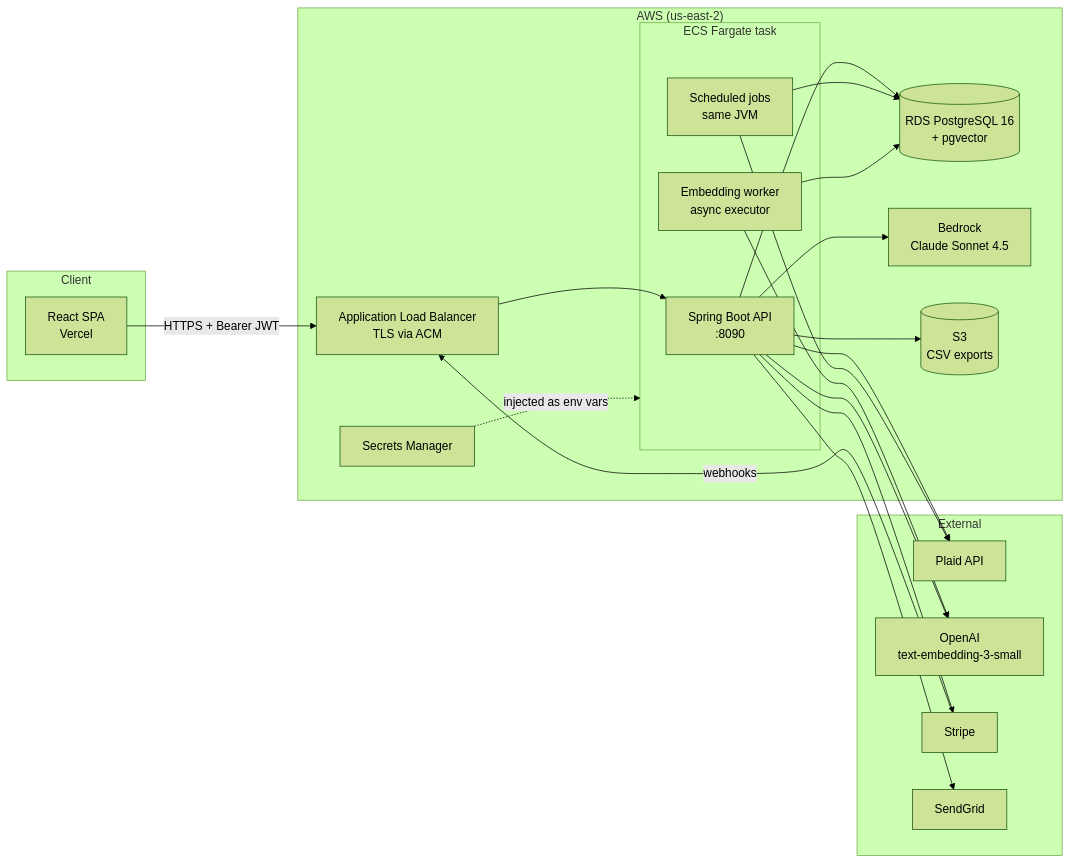
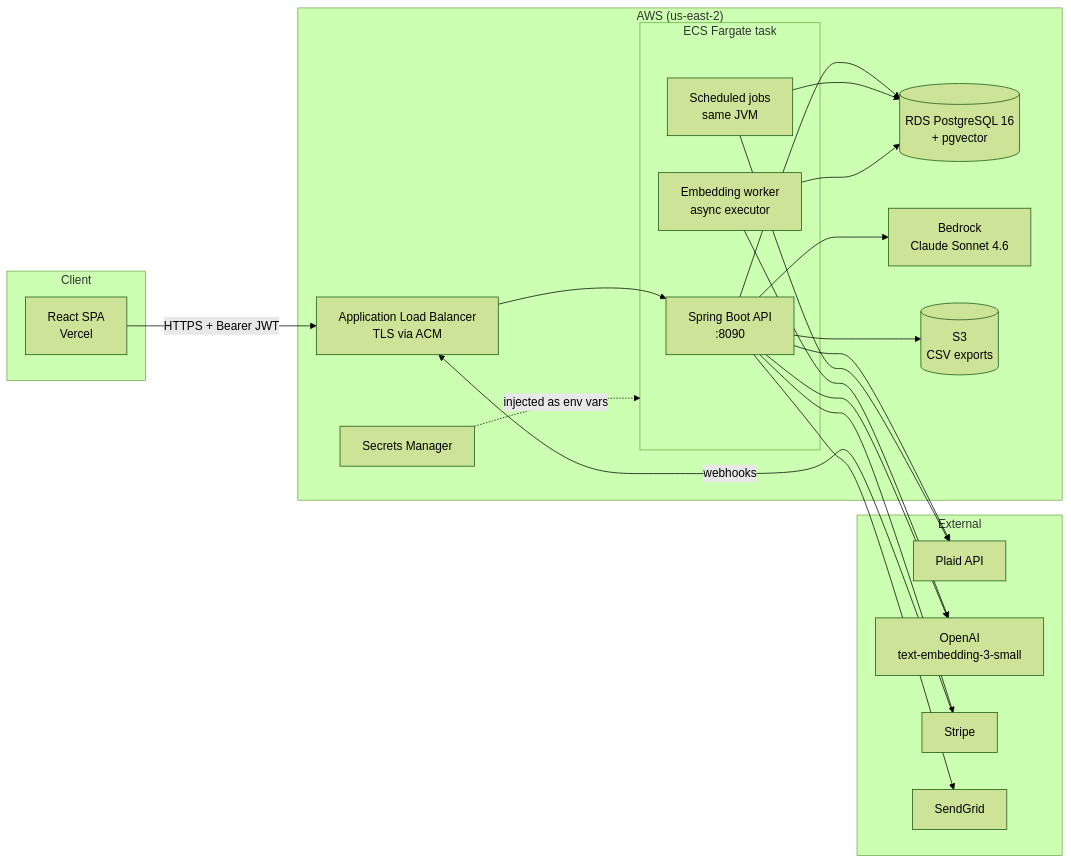
The first of 8 diagrams in docs/SYSTEM_DESIGN.md (TechByChibuzo/finance-coach-backend), drawn with Mermaid (forest theme) before and after one commit. The commit also changed other lines of this file and 5 other files, not shown here.

First line of the commit message:
chore(ai): move the coach from Claude Sonnet 4.5 to Sonnet 4.6

````diff
--- a/docs/SYSTEM_DESIGN.md
+++ b/docs/SYSTEM_DESIGN.md
@@ -24,41 +24,41 @@
 ```mermaid
 flowchart LR
     subgraph Client
         FE[React SPA<br/>Vercel]
     end
 
     subgraph AWS["AWS (us-east-2)"]
         ALB[Application Load Balancer<br/>TLS via ACM]
         subgraph ECS["ECS Fargate task"]
             API[Spring Boot API<br/>:8090]
             SCHED[Scheduled jobs<br/>same JVM]
             ASYNC[Embedding worker<br/>async executor]
         end
         RDS[(RDS PostgreSQL 16<br/>+ pgvector)]
-        BR[Bedrock<br/>Claude Sonnet 4.5]
+        BR[Bedrock<br/>Claude Sonnet 4.6]
         S3[(S3<br/>CSV exports)]
         SM[Secrets Manager]
     end
 
     subgraph External
         PLAID[Plaid API]
         OAI[OpenAI<br/>text-embedding-3-small]
         STRIPE[Stripe]
         SG[SendGrid]
     end
 
     FE -- HTTPS + Bearer JWT --> ALB --> API
     API --> RDS
     SCHED --> RDS
     ASYNC --> RDS
     API --> BR
     ASYNC --> OAI
     API --> OAI
     API --> PLAID
     SCHED --> PLAID
     API --> STRIPE
     STRIPE -- webhooks --> ALB
     API --> SG
     API --> S3
     SM -. injected as env vars .-> ECS
 ```
````
